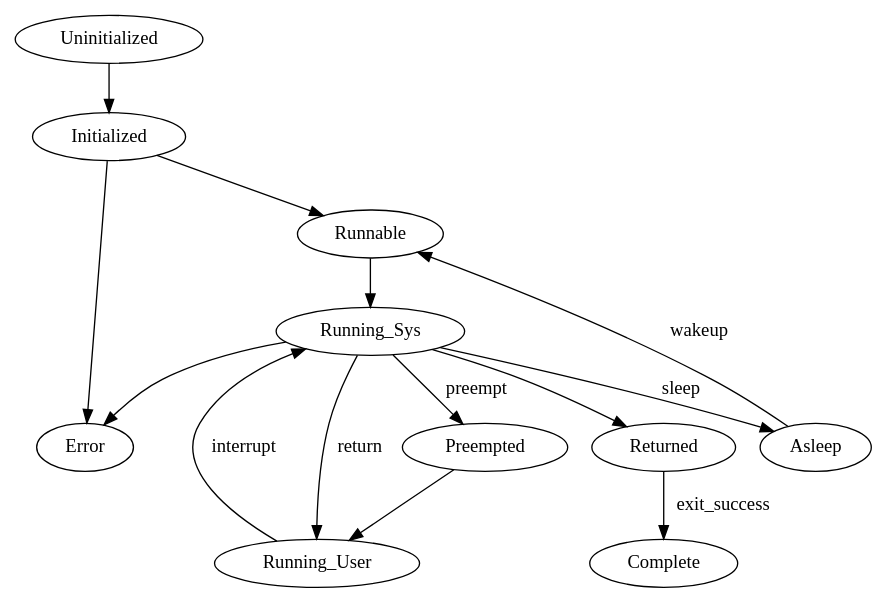
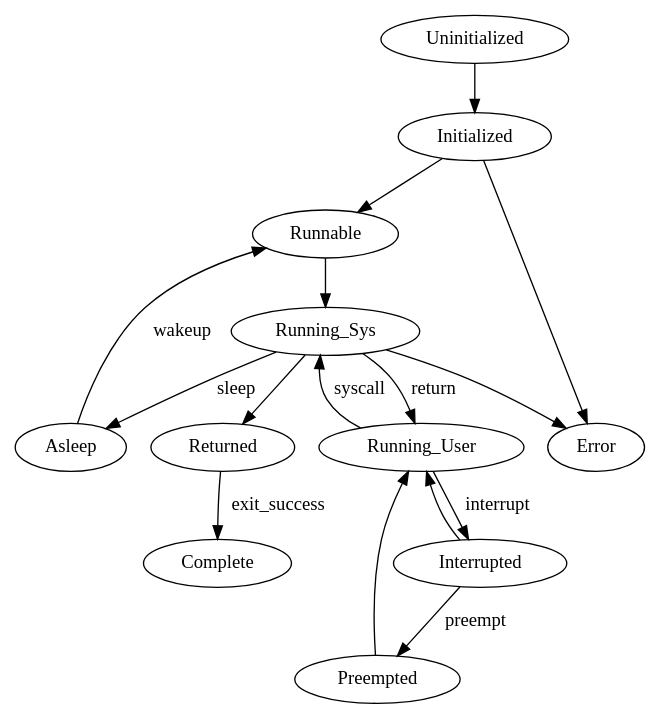
Before and after one commit to gwsystems/sledge-serverless-framework: the diagram in docs/sledge-states/states.dot, drawn with Graphviz. The commit also changed 15 other files, not shown here.

```diff
--- a/docs/sledge-states/states.dot
+++ b/docs/sledge-states/states.dot
@@ -1,13 +1,21 @@
 digraph {
 	Uninitialized -> Initialized
 	Initialized -> {Runnable Error}
 	Runnable -> Running_Sys
-	Running_User -> Running_Sys [label="interrupt"]
+
+	Running_User -> Interrupted [label="interrupt"]
+	Running_User -> Running_Sys [label="syscall"]
+
+	
+	Interrupted -> Preempted [label="preempt"]
+	Interrupted -> Running_User
+
+
+
 	Running_Sys -> Asleep [label="sleep"]
 	Running_Sys -> {Error Returned}
 	Running_Sys -> Running_User [label="return"]
-	Running_Sys -> Preempted [label="preempt"]
 	Preempted -> Running_User
 	Returned -> Complete [label="exit_success"]
 	Asleep -> Runnable [label="wakeup"]
 } 
```
